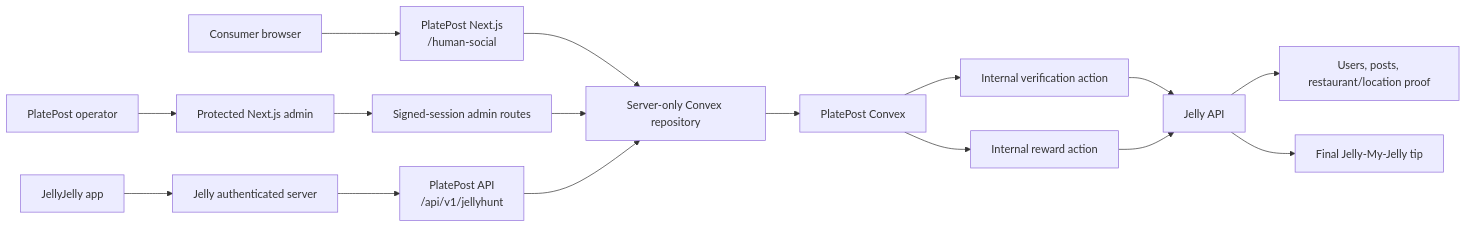
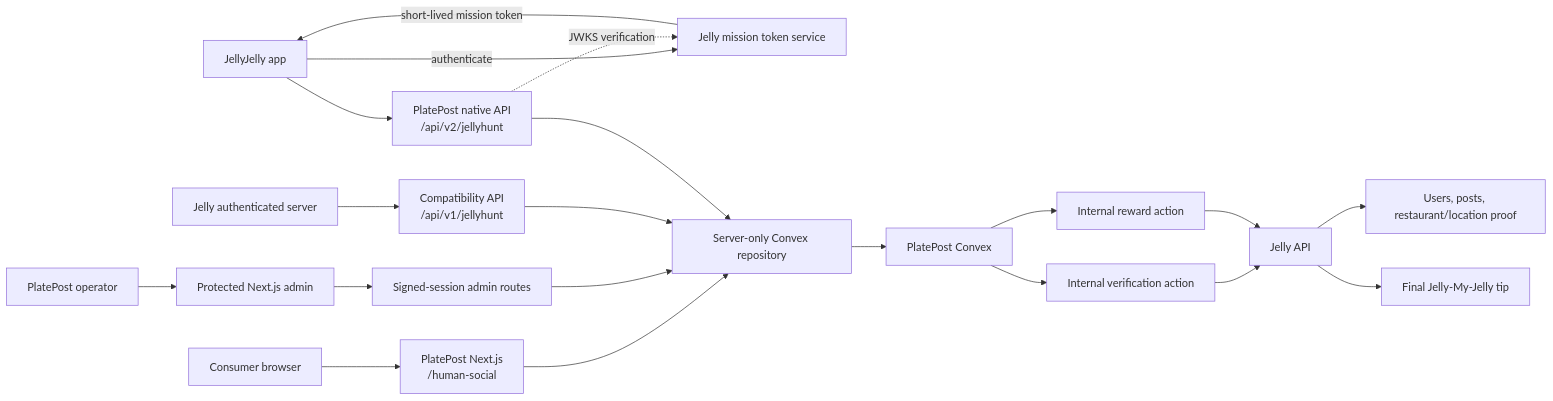
One commit to brandonshi10/platepostjelly changed the first of 5 diagrams in docs/ARCHITECTURE.md. Above: the diagram before and after it, drawn with Mermaid. The commit also changed other lines of this file and 6 other files, not shown here.

````diff
--- a/docs/ARCHITECTURE.md
+++ b/docs/ARCHITECTURE.md
@@ -17,21 +19,25 @@
 ```mermaid
 flowchart LR
     Visitor["Consumer browser"] --> Web["PlatePost Next.js\n/human-social"]
     Operator["PlatePost operator"] --> Admin["Protected Next.js admin"]
-    Native["JellyJelly app"] --> JellyServer["Jelly authenticated server"]
-    JellyServer --> API["PlatePost API\n/api/v1/jellyhunt"]
+    Native["JellyJelly app"] -->|authenticate| JellyAuth["Jelly mission token service"]
+    JellyAuth -->|short-lived mission token| Native
+    Native --> V2["PlatePost native API\n/api/v2/jellyhunt"]
+    V2 -.->|JWKS verification| JellyAuth
+    JellyServer["Jelly authenticated server"] --> V1["Compatibility API\n/api/v1/jellyhunt"]
 
     Web --> Repo["Server-only Convex repository"]
     Admin --> AdminRoutes["Signed-session admin routes"]
     AdminRoutes --> Repo
-    API --> Repo
+    V1 --> Repo
+    V2 --> Repo
     Repo --> Convex["PlatePost Convex"]
 
     Convex --> Verify["Internal verification action"]
     Convex --> Reward["Internal reward action"]
     Verify --> JellyAPI["Jelly API"]
     Reward --> JellyAPI
 
     JellyAPI --> JellyData["Users, posts, restaurant/location proof"]
     JellyAPI --> Wallet["Final Jelly-My-Jelly tip"]
 ```
````
